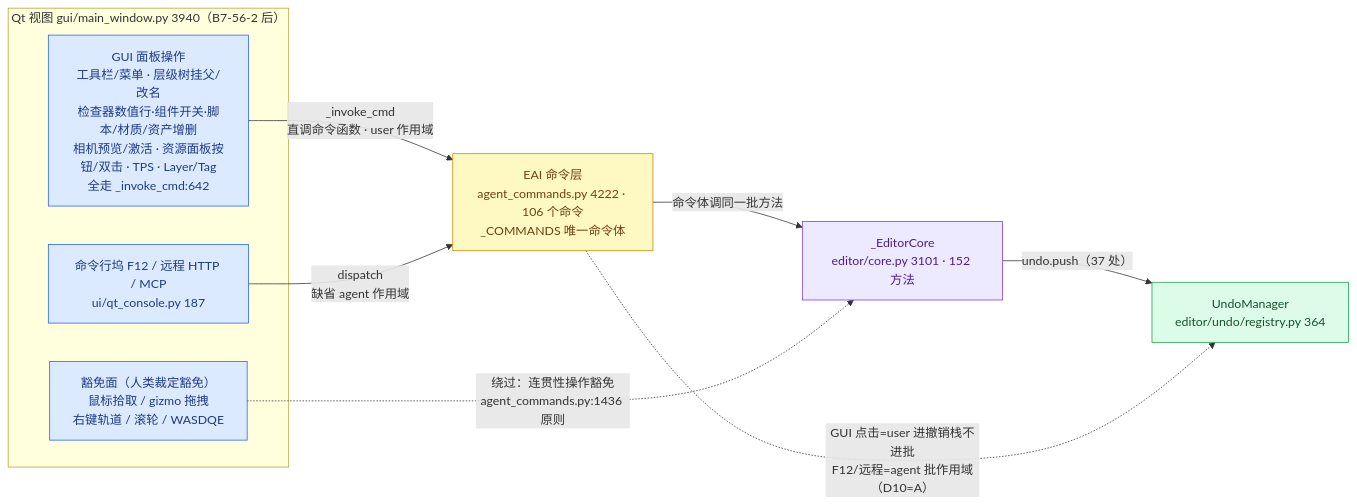
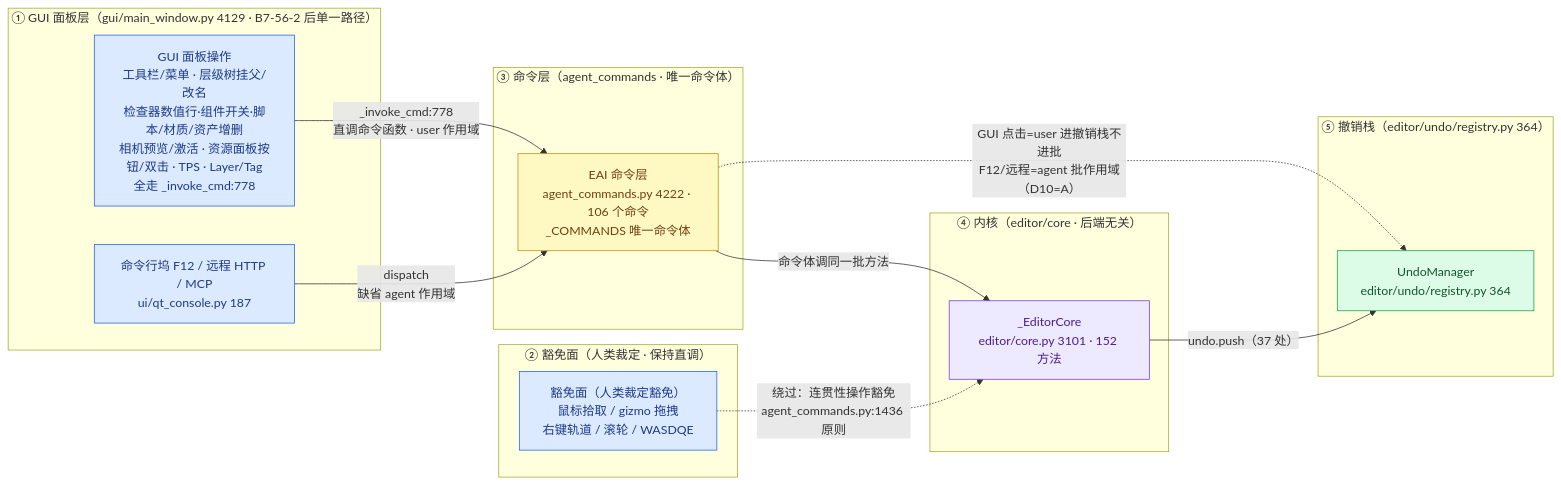
One commit to lhy302/WeaveEngine changed diagram 17 of 23 in ARCHITECTURE.md. Above: the diagram before and after it, drawn with Mermaid. The commit also changed other lines of this file, not shown here.

Commit message:
docs: 图 15~19 全部改为功能模块分框结构（含事实实测刷新）

````diff
--- a/ARCHITECTURE.md
+++ b/ARCHITECTURE.md
@@ -1186,21 +1186,29 @@
 ```mermaid
 flowchart LR
-  subgraph GUIL["Qt 视图 gui/main_window.py 3940（B7-56-2 后）"]
-    G1["GUI 面板操作<br/>工具栏/菜单 · 层级树挂父/改名<br/>检查器数值行·组件开关·脚本/材质/资产增删<br/>相机预览/激活 · 资源面板按钮/双击 · TPS · Layer/Tag<br/>全走 _invoke_cmd:642"]:::gui
-    G2["豁免面（人类裁定豁免）<br/>鼠标拾取 / gizmo 拖拽<br/>右键轨道 / 滚轮 / WASDQE"]:::gui
+  subgraph GUIP["① GUI 面板层（gui/main_window.py 4129 · B7-56-2 后单一路径）"]
+    G1["GUI 面板操作<br/>工具栏/菜单 · 层级树挂父/改名<br/>检查器数值行·组件开关·脚本/材质/资产增删<br/>相机预览/激活 · 资源面板按钮/双击 · TPS · Layer/Tag<br/>全走 _invoke_cmd:778"]:::gui
     G3["命令行坞 F12 / 远程 HTTP / MCP<br/>ui/qt_console.py 187"]:::gui
   end
-  E["EAI 命令层<br/>agent_commands.py 4222 · 106 个命令<br/>_COMMANDS 唯一命令体"]:::eai
-  A["_EditorCore<br/>editor/core.py 3101 · 152 方法"]:::facade
-  U["UndoManager<br/>editor/undo/registry.py 364"]:::undo
-  G1 -->|_invoke_cmd<br/>直调命令函数 · user 作用域| E
+  subgraph EXEMPT["② 豁免面（人类裁定 · 保持直调）"]
+    G2["豁免面（人类裁定豁免）<br/>鼠标拾取 / gizmo 拖拽<br/>右键轨道 / 滚轮 / WASDQE"]:::gui
+  end
+  subgraph CMDDOM["③ 命令层（agent_commands · 唯一命令体）"]
+    E["EAI 命令层<br/>agent_commands.py 4222 · 106 个命令<br/>_COMMANDS 唯一命令体"]:::eai
+  end
+  subgraph KERN["④ 内核（editor/core · 后端无关）"]
+    A["_EditorCore<br/>editor/core.py 3101 · 152 方法"]:::facade
+  end
+  subgraph UNDODOM["⑤ 撤销栈（editor/undo/registry.py 364）"]
+    U["UndoManager<br/>editor/undo/registry.py 364"]:::undo
+  end
+  G1 -->|_invoke_cmd:778<br/>直调命令函数 · user 作用域| E
   G3 -->|dispatch<br/>缺省 agent 作用域| E
   E -->|命令体调同一批方法| A
   G2 -.->|绕过：连贯性操作豁免<br/>agent_commands.py:1436 原则| A
   A -->|undo.push（37 处）| U
   E -.->|GUI 点击=user 进撤销栈不进批<br/>F12/远程=agent 批作用域（D10=A）| U
   classDef gui fill:#dbeafe,stroke:#2563eb,color:#1e3a8a
   classDef eai fill:#fef9c3,stroke:#ca8a04,color:#713f12
   classDef facade fill:#ede9fe,stroke:#7c3aed,color:#4c1d95
   classDef undo fill:#dcfce7,stroke:#16a34a,color:#14532d
 ```
````
